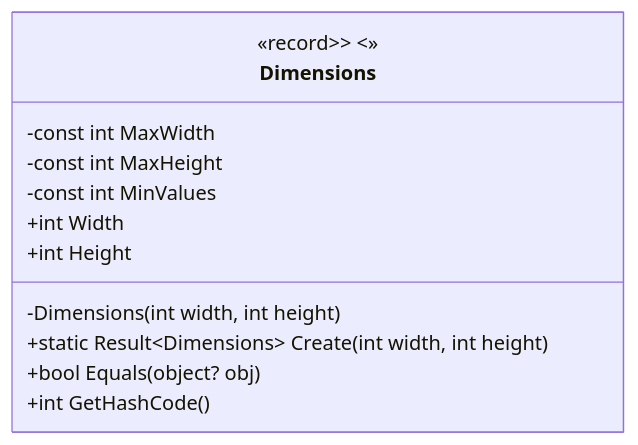
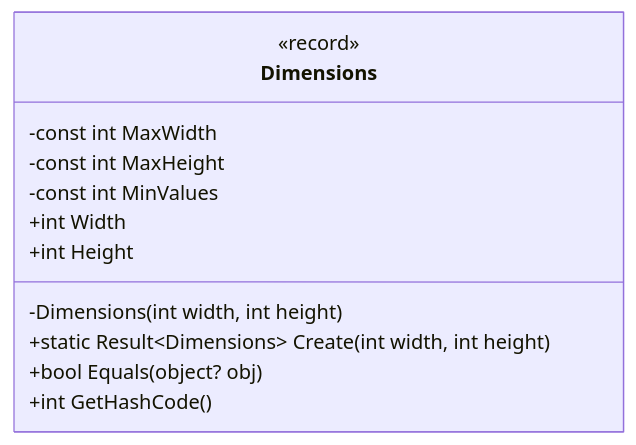
One commit to college-top-vrn/PhotoCatalog changed the diagram in docs/diagrams/ClassDiagrammValueObject.md. Above: the diagram before and after it, drawn with Mermaid.

Commit message:
подправил диаграмму

````diff
--- a/docs/diagrams/ClassDiagrammValueObject.md
+++ b/docs/diagrams/ClassDiagrammValueObject.md
@@ -3,15 +3,15 @@
 ```mermaid
 classDiagram
     class Dimensions {
-        <<record>> <<Value Object>>
+        <<record>>
         -const int MaxWidth
         -const int MaxHeight
         -const int MinValues
         +int Width
         +int Height
         -Dimensions(int width, int height)
         +static Result~Dimensions~ Create(int width, int height)
         +bool Equals(object? obj)
         +int GetHashCode()
     }
 ```
````
